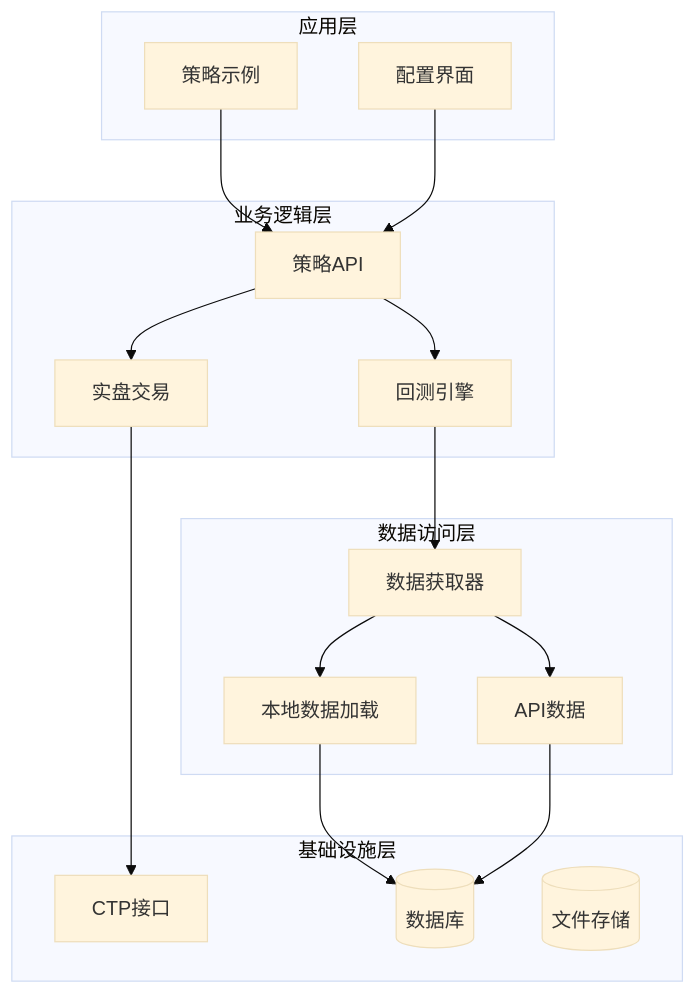
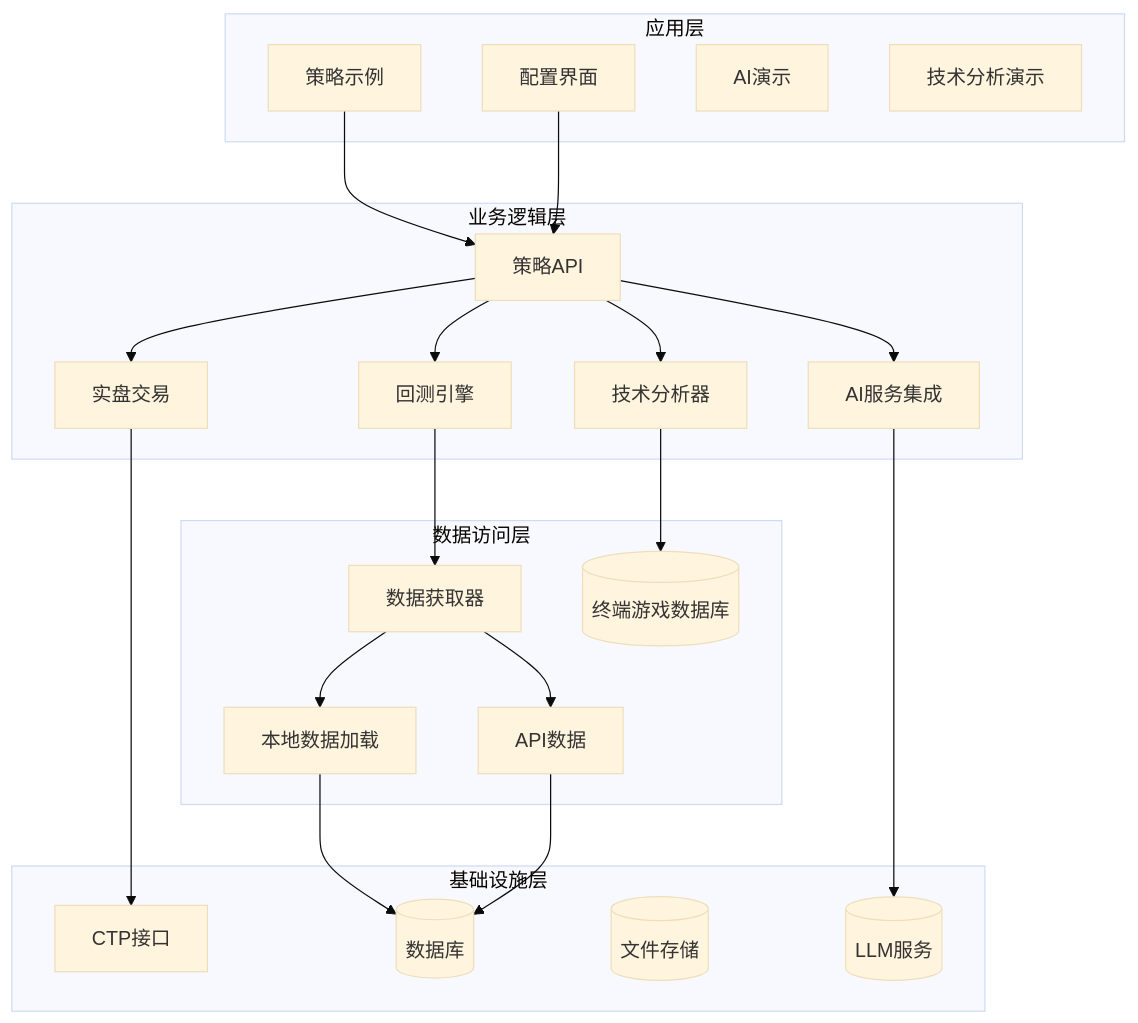
Before and after one commit to maxtwoon/ssquant: the third of 20 diagrams in .qoder/repowiki/zh/content/策略示例详解/策略示例详解.md, drawn with Mermaid (base theme). The commit also changed other lines of this file and 21 other files, not shown here.

````diff
--- a/.qoder/repowiki/zh/content/策略示例详解/策略示例详解.md
+++ b/.qoder/repowiki/zh/content/策略示例详解/策略示例详解.md
@@ -133,32 +150,42 @@
 ```mermaid
 graph TB
 subgraph "应用层"
 Strategies[策略示例]
 ConfigUI[配置界面]
+AIDemo[AI演示]
+TechDemo[技术分析演示]
 end
 subgraph "业务逻辑层"
 StrategyAPI[策略API]
 BacktestEngine[回测引擎]
 LiveTrading[实盘交易]
+AIService[AI服务集成]
+TechAnalyzer[技术分析器]
 end
 subgraph "数据访问层"
 DataFetcher[数据获取器]
 LocalLoader[本地数据加载]
 APIData[API数据]
+EndGameDB[(终端游戏数据库)]
 end
 subgraph "基础设施层"
 CTPInterface[CTP接口]
 Database[(数据库)]
 FileStorage[(文件存储)]
+LLMService[(LLM服务)]
 end
 Strategies --> StrategyAPI
 ConfigUI --> StrategyAPI
 StrategyAPI --> BacktestEngine
 StrategyAPI --> LiveTrading
+StrategyAPI --> AIService
+StrategyAPI --> TechAnalyzer
 BacktestEngine --> DataFetcher
 LiveTrading --> CTPInterface
 DataFetcher --> LocalLoader
 DataFetcher --> APIData
 LocalLoader --> Database
 APIData --> Database
+AIService --> LLMService
+TechAnalyzer --> EndGameDB
 ```
````
